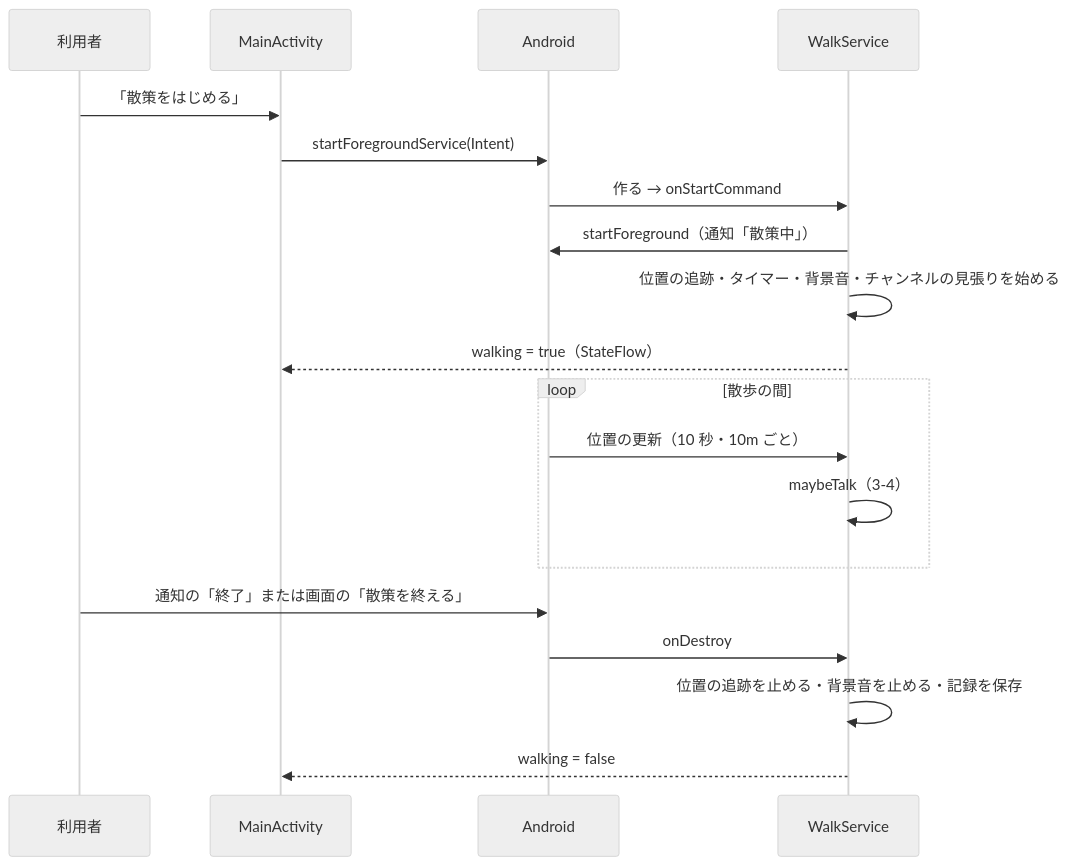
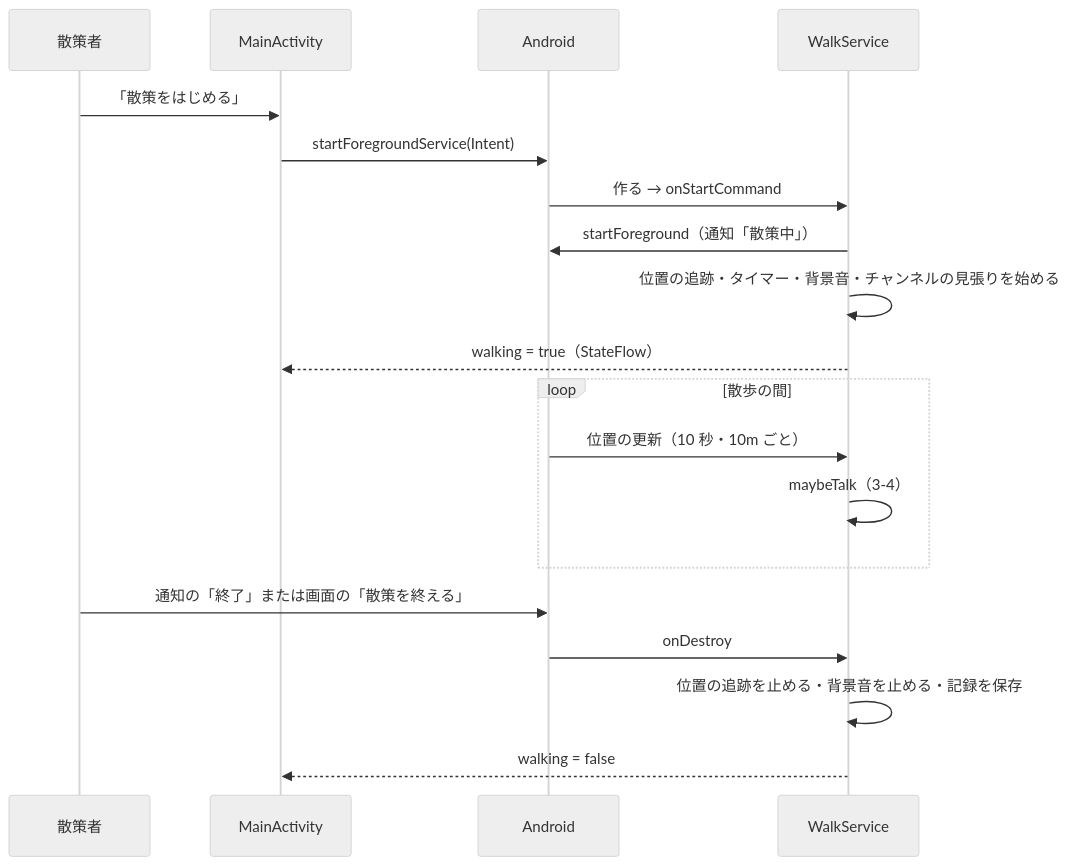
The first of 2 diagrams in 03-walk/02-service.md (duwenji/yorisoi-tutorial), drawn with Mermaid (neutral theme) before and after one commit. The commit also changed other lines of this file and 62 other files, not shown here.

````diff
--- a/03-walk/02-service.md
+++ b/03-walk/02-service.md
@@ -19,21 +19,21 @@
 ```mermaid
 sequenceDiagram
-    participant U as 利用者
+    participant U as 散策者
     participant A as MainActivity
     participant OS as Android
     participant S as WalkService
     U->>A: 「散策をはじめる」
     A->>OS: startForegroundService(Intent)
     OS->>S: 作る → onStartCommand
     S->>OS: startForeground（通知「散策中」）
     S->>S: 位置の追跡・タイマー・背景音・チャンネルの見張りを始める
     S-->>A: walking = true（StateFlow）
     loop 散歩の間
         OS->>S: 位置の更新（10 秒・10m ごと）
         S->>S: maybeTalk（3-4）
     end
     U->>OS: 通知の「終了」または画面の「散策を終える」
     OS->>S: onDestroy
     S->>S: 位置の追跡を止める・背景音を止める・記録を保存
     S-->>A: walking = false
 ```
````
